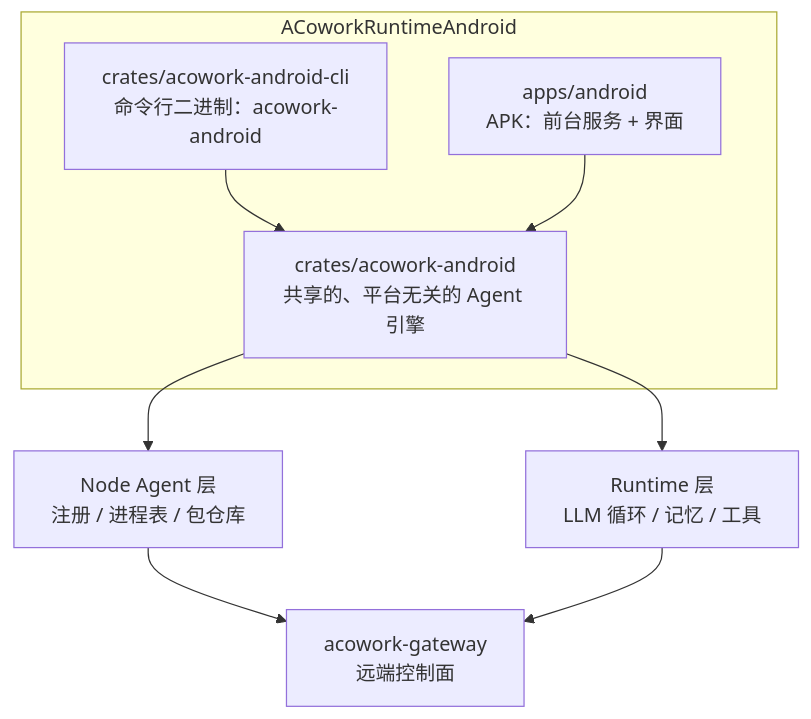
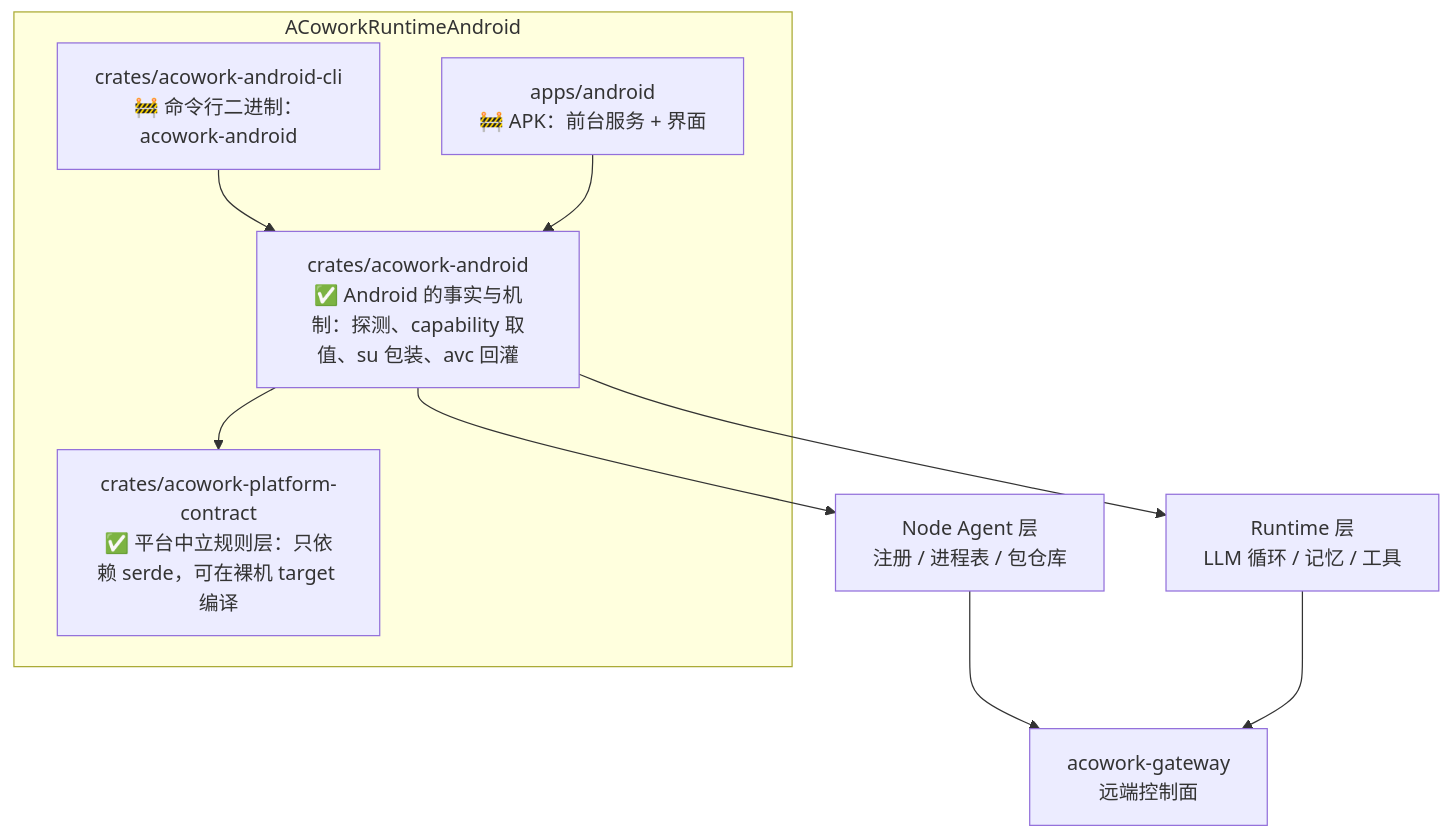
One commit to acowork/ACoworkRuntimeAndroid changed the diagram in README.zh.md. Above: the diagram before and after it, drawn with Mermaid. The commit also changed other lines of this file and 5 other files, not shown here.

````diff
--- a/README.zh.md
+++ b/README.zh.md
@@ -130,18 +146,20 @@
 ```mermaid
 graph TD
     subgraph Repo["ACoworkRuntimeAndroid"]
-        Lib["crates/acowork-android<br/>共享的、平台无关的 Agent 引擎"]
-        Cli["crates/acowork-android-cli<br/>命令行二进制：acowork-android"]
-        App["apps/android<br/>APK：前台服务 + 界面"]
+        Contract["crates/acowork-platform-contract<br/>✅ 平台中立规则层：只依赖 serde，可在裸机 target 编译"]
+        Lib["crates/acowork-android<br/>✅ Android 的事实与机制：探测、capability 取值、su 包装、avc 回灌"]
+        Cli["crates/acowork-android-cli<br/>🚧 命令行二进制：acowork-android"]
+        App["apps/android<br/>🚧 APK：前台服务 + 界面"]
     end
     Node["Node Agent 层<br/>注册 / 进程表 / 包仓库"]
     Rt["Runtime 层<br/>LLM 循环 / 记忆 / 工具"]
     Gw["acowork-gateway<br/>远端控制面"]
 
     Cli --> Lib
     App --> Lib
+    Lib --> Contract
     Lib --> Node
     Lib --> Rt
     Node --> Gw
     Rt --> Gw
 ```
````
